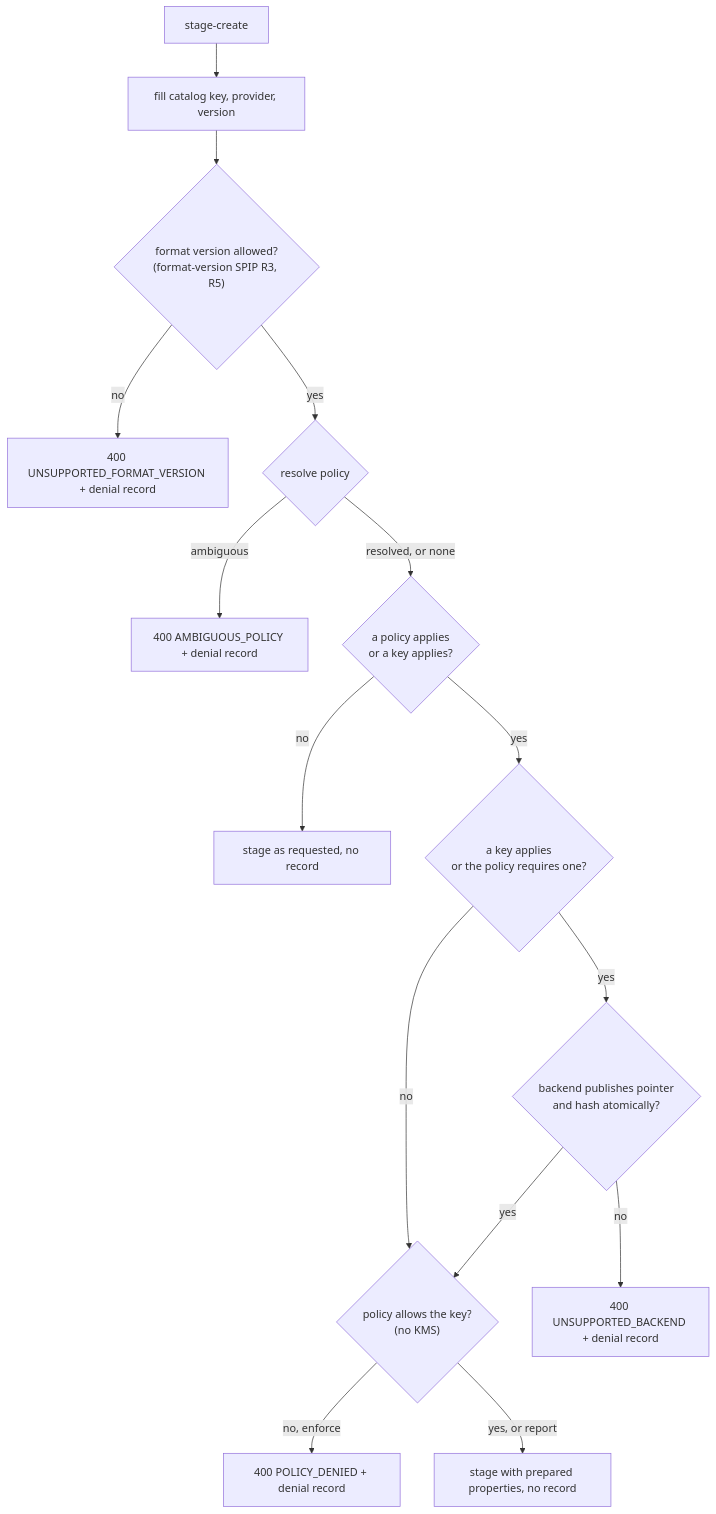
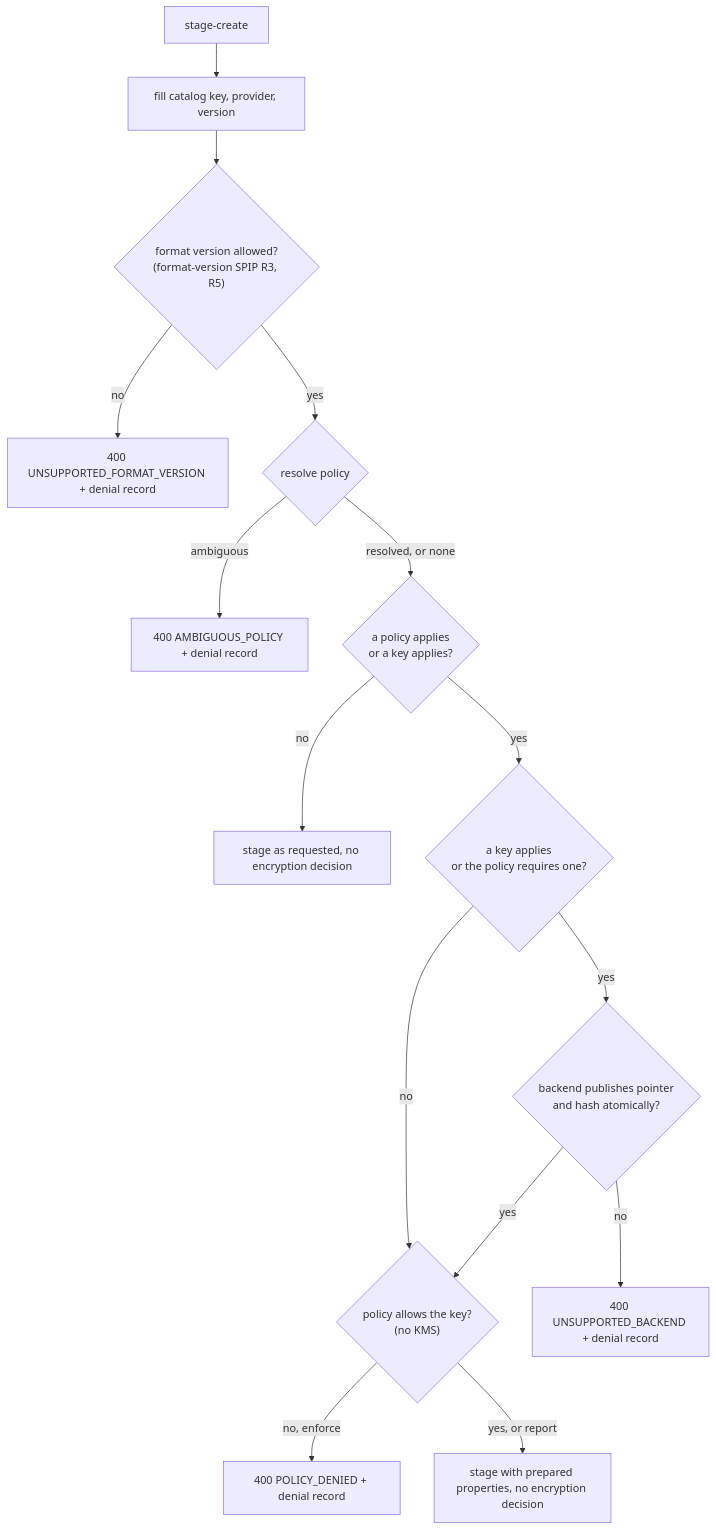
The second of 3 diagrams in design-docs/iceberg-table-encryption/design-stage-create-ctas.md (danhuawang/gravitino), drawn with Mermaid before and after one commit. The commit also changed other lines of this file and 19 other files, not shown here.

````diff
--- a/design-docs/iceberg-table-encryption/design-stage-create-ctas.md
+++ b/design-docs/iceberg-table-encryption/design-stage-create-ctas.md
@@ -89,17 +90,17 @@
 ```mermaid
 flowchart TD
   s["stage-create"] --> m["fill catalog key, provider, version"]
   m --> v{"format version allowed?<br/>(format-version SPIP R3, R5)"}
   v -->|no| vdeny["400 UNSUPPORTED_FORMAT_VERSION + denial record"]
   v -->|yes| r{"resolve policy"}
   r -->|ambiguous| adeny["400 AMBIGUOUS_POLICY + denial record"]
   r -->|"resolved, or none"| g{"a policy applies<br/>or a key applies?"}
-  g -->|no| fwd["stage as requested, no record"]
+  g -->|no| fwd["stage as requested, no encryption decision"]
   g -->|yes| c{"a key applies<br/>or the policy requires one?"}
   c -->|no| p
   c -->|yes| b{"backend publishes pointer<br/>and hash atomically?"}
   b -->|no| bdeny["400 UNSUPPORTED_BACKEND + denial record"]
   b -->|yes| p{"policy allows the key?<br/>(no KMS)"}
   p -->|"no, enforce"| deny["400 POLICY_DENIED + denial record"]
-  p -->|"yes, or report"| ok["stage with prepared properties, no record"]
+  p -->|"yes, or report"| ok["stage with prepared properties, no encryption decision"]
 ```
````
